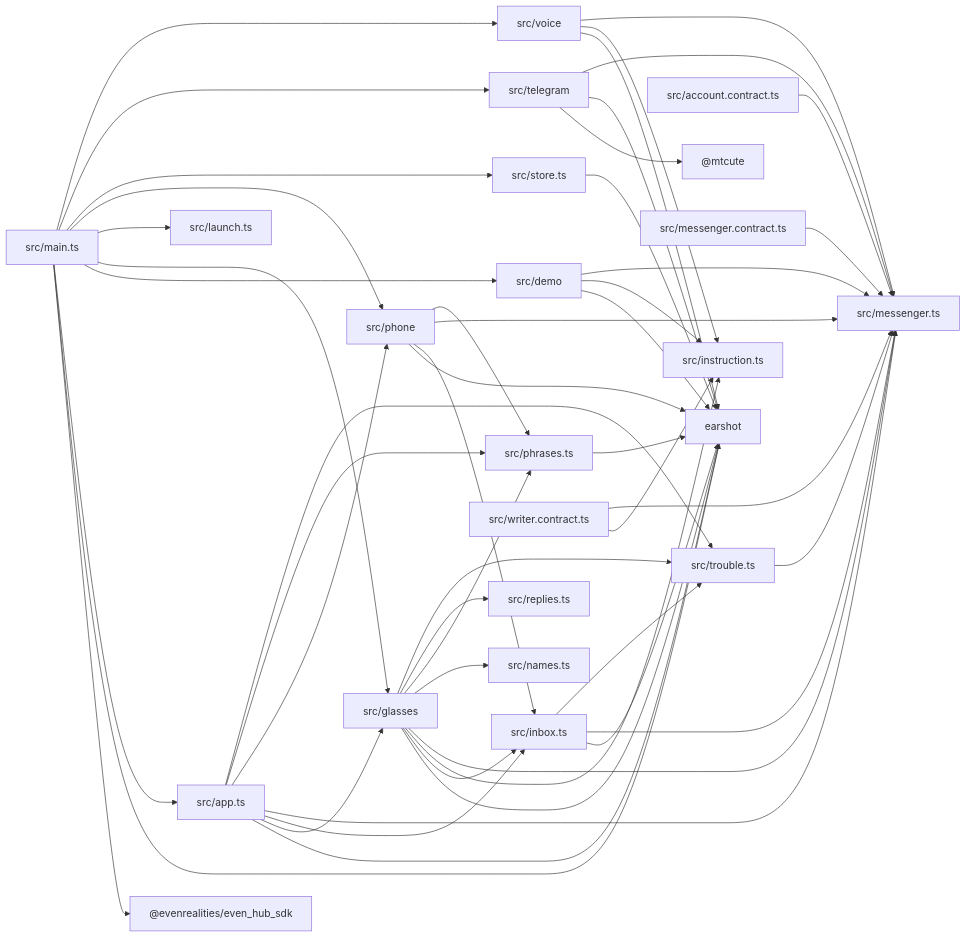
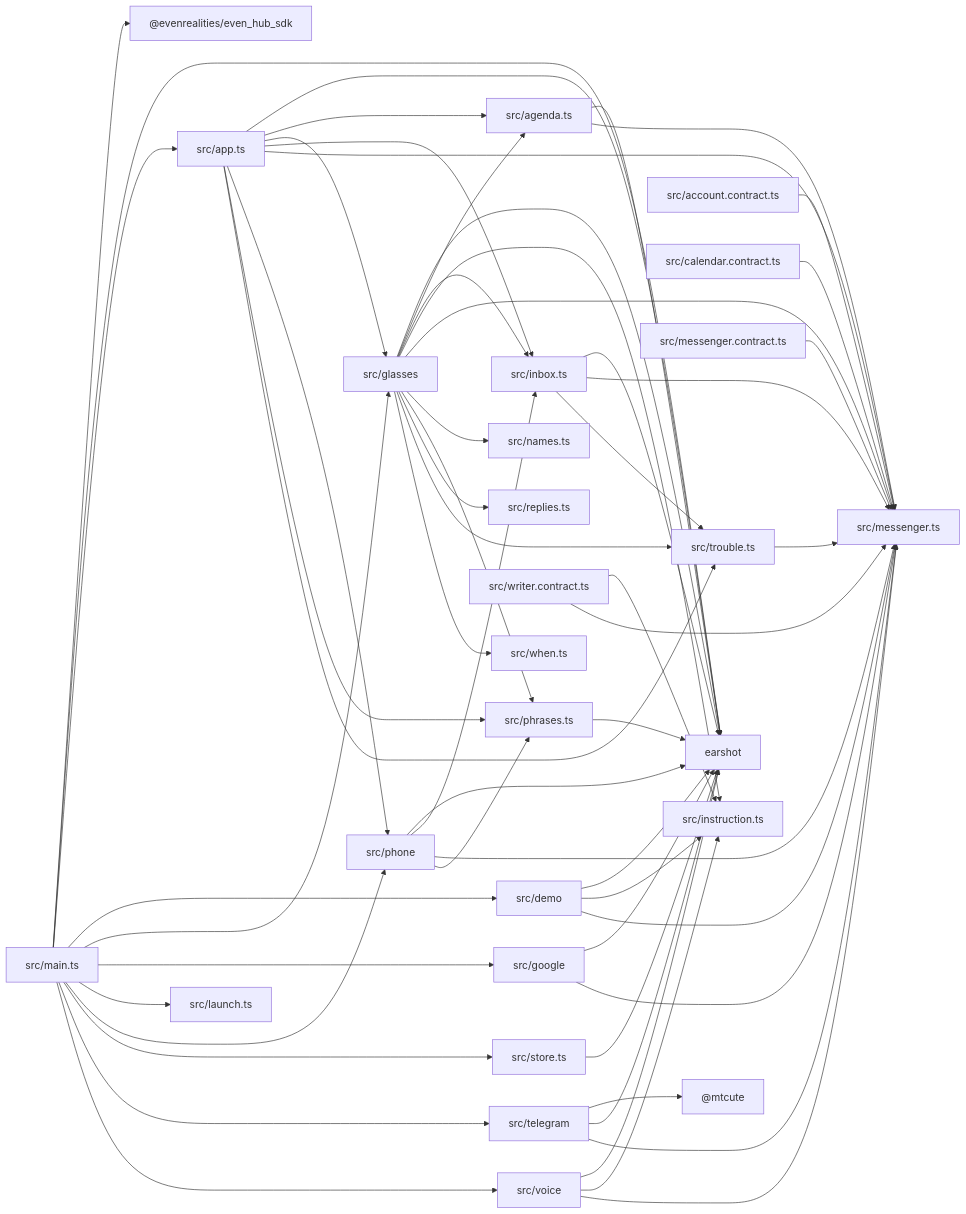
The second of 2 diagrams in docs/architecture.md (jarekbird/paper-plane), drawn with Mermaid before and after one commit. The commit also changed other lines of this file and 45 other files, not shown here.

```diff
--- a/docs/architecture.md
+++ b/docs/architecture.md
@@ -86,9 +92,12 @@
   _mtcute["@mtcute"]
   earshot["earshot"]
   src_account_contract_ts["src/account.contract.ts"]
+  src_agenda_ts["src/agenda.ts"]
   src_app_ts["src/app.ts"]
+  src_calendar_contract_ts["src/calendar.contract.ts"]
   src_demo["src/demo"]
   src_glasses["src/glasses"]
+  src_google["src/google"]
   src_inbox_ts["src/inbox.ts"]
   src_instruction_ts["src/instruction.ts"]
   src_launch_ts["src/launch.ts"]
@@ -103,19 +112,25 @@
   src_telegram["src/telegram"]
   src_trouble_ts["src/trouble.ts"]
   src_voice["src/voice"]
+  src_when_ts["src/when.ts"]
   src_writer_contract_ts["src/writer.contract.ts"]
   src_account_contract_ts --> src_messenger_ts
+  src_agenda_ts --> earshot
+  src_agenda_ts --> src_messenger_ts
   src_app_ts --> earshot
+  src_app_ts --> src_agenda_ts
   src_app_ts --> src_glasses
   src_app_ts --> src_inbox_ts
   src_app_ts --> src_messenger_ts
   src_app_ts --> src_phone
   src_app_ts --> src_phrases_ts
   src_app_ts --> src_trouble_ts
+  src_calendar_contract_ts --> src_messenger_ts
   src_demo --> earshot
   src_demo --> src_instruction_ts
   src_demo --> src_messenger_ts
   src_glasses --> earshot
+  src_glasses --> src_agenda_ts
   src_glasses --> src_inbox_ts
   src_glasses --> src_instruction_ts
   src_glasses --> src_messenger_ts
@@ -123,6 +138,9 @@
   src_glasses --> src_phrases_ts
   src_glasses --> src_replies_ts
   src_glasses --> src_trouble_ts
+  src_glasses --> src_when_ts
+  src_google --> earshot
+  src_google --> src_messenger_ts
   src_inbox_ts --> earshot
   src_inbox_ts --> src_messenger_ts
   src_inbox_ts --> src_trouble_ts
@@ -131,6 +149,7 @@
   src_main_ts --> src_app_ts
   src_main_ts --> src_demo
   src_main_ts --> src_glasses
+  src_main_ts --> src_google
   src_main_ts --> src_launch_ts
   src_main_ts --> src_phone
   src_main_ts --> src_store_ts
```
